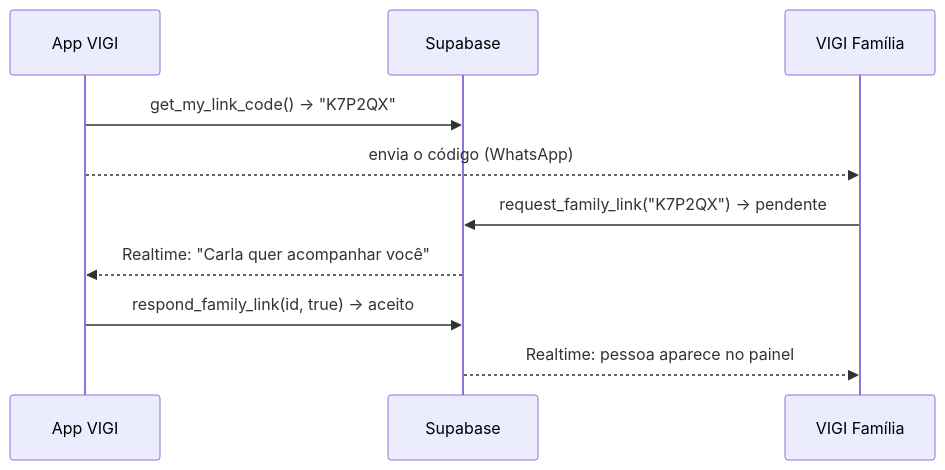
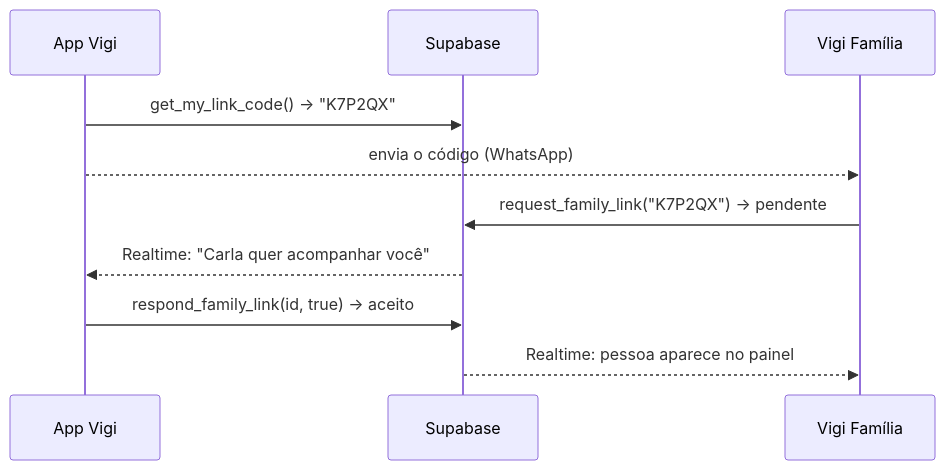
One commit to geffinh0/vigi changed the third of 3 diagrams in docs/ARQUITETURA.md. Above: the diagram before and after it, drawn with Mermaid. The commit also changed other lines of this file and 33 other files, not shown here.

````diff
--- a/docs/ARQUITETURA.md
+++ b/docs/ARQUITETURA.md
@@ -83,12 +134,12 @@
 ```mermaid
 sequenceDiagram
-    participant Idoso as App VIGI
+    participant Idoso as App Vigi
     participant DB as Supabase
-    participant Fam as VIGI Família
+    participant Fam as Vigi Família
     Idoso->>DB: get_my_link_code() → "K7P2QX"
     Idoso-->>Fam: envia o código (WhatsApp)
     Fam->>DB: request_family_link("K7P2QX") → pendente
     DB-->>Idoso: Realtime: "Carla quer acompanhar você"
     Idoso->>DB: respond_family_link(id, true) → aceito
     DB-->>Fam: Realtime: pessoa aparece no painel
 ```
````
